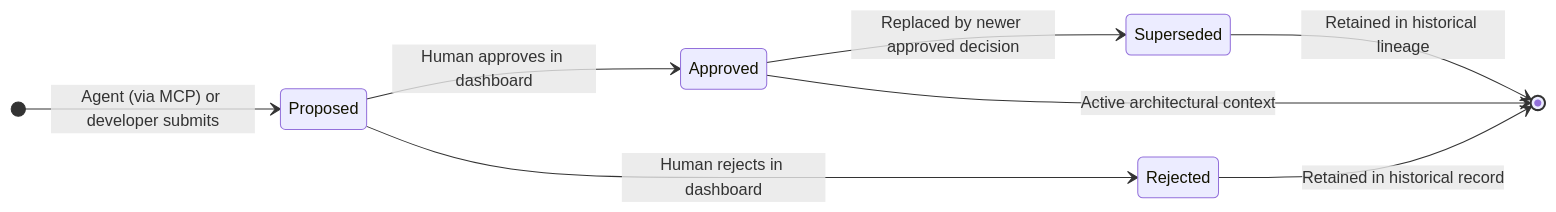
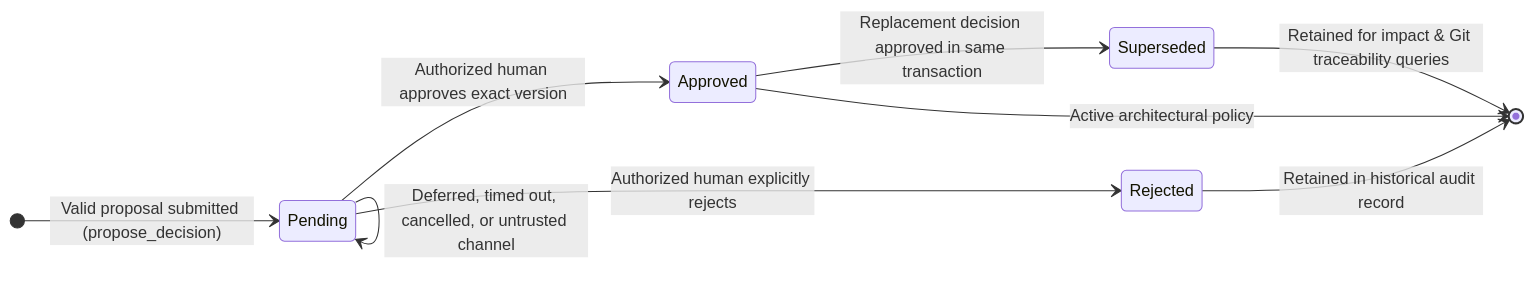
The first of 2 diagrams in README.md (prajwal-govekar17/ProjectOS), drawn with Mermaid before and after one commit. The commit also changed other lines of this file and 6 other files, not shown here.

Commit message:
docs: update README and SVG architecture diagrams to match PRD and implementation reference

````diff
--- a/README.md
+++ b/README.md
@@ -90,13 +64,15 @@
 ```mermaid
 stateDiagram-v2
     direction LR
-    [*] --> Proposed : Agent (via MCP) or developer submits
+    [*] --> Pending : Valid proposal submitted (propose_decision)
 
-    Proposed --> Approved : Human approves in dashboard
-    Proposed --> Rejected : Human rejects in dashboard
-    Approved --> Superseded : Replaced by newer approved decision
+    Pending --> Approved : Authorized human approves exact version
+    Pending --> Rejected : Authorized human explicitly rejects
+    Pending --> Pending : Deferred, timed out, cancelled, or untrusted channel
 
-    Approved --> [*] : Active architectural context
-    Rejected --> [*] : Retained in historical record
-    Superseded --> [*] : Retained in historical lineage
+    Approved --> Superseded : Replacement decision approved in same transaction
+
+    Approved --> [*] : Active architectural policy
+    Rejected --> [*] : Retained in historical audit record
+    Superseded --> [*] : Retained for impact & Git traceability queries
 ```
````
